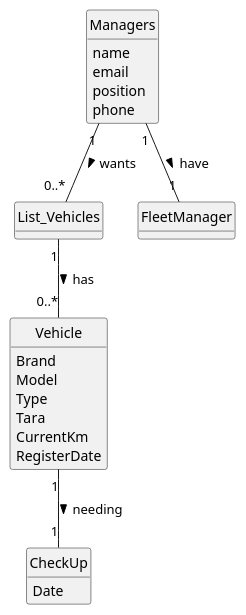
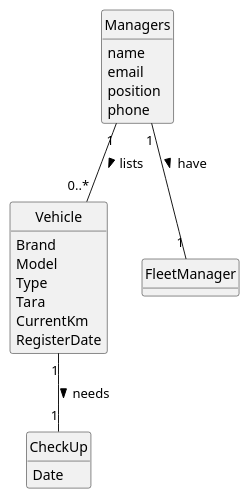
The diagram in docs/sprintA/us008/02.analysis/puml/us008-domain-model.puml (Departamento-de-Engenharia-Informatica/lei-24-s2-1df-1de-g063), drawn with PlantUML before and after one commit. The commit also changed 3 other files, not shown here.

```diff
--- a/docs/sprintA/us008/02.analysis/puml/us008-domain-model.puml
+++ b/docs/sprintA/us008/02.analysis/puml/us008-domain-model.puml
@@ -1,44 +1,41 @@
 @startuml
 skinparam monochrome true
 skinparam packageStyle rectangle
 skinparam shadowing false
 skinparam monochrome true
 skinparam packageStyle rectangle
 skinparam shadowing false
 'skinparam linetype ortho
 'left to right direction
 skinparam classAttributeIconSize 0
 hide circle
 hide methods
 
-class List_Vehicles {
-}
 
 class Vehicle{
  Brand
   Model
   Type
   Tara
   CurrentKm
   RegisterDate
 }
 
 class FleetManager {
 }
 
 class CheckUp {
   Date
 }
 
 class Managers {
     name
     email
     position
     phone
 }
 
 Managers "1" -- "1" FleetManager : have >
-Managers "1" -- "0..*" List_Vehicles : wants >
-Vehicle "1" -- "1" CheckUp : needing >
-List_Vehicles "1" -- "0..*" Vehicle : has >
+Vehicle "1" -- "1" CheckUp : needs >
+Managers "1" -- "0..*" Vehicle : lists >
 @enduml
```
